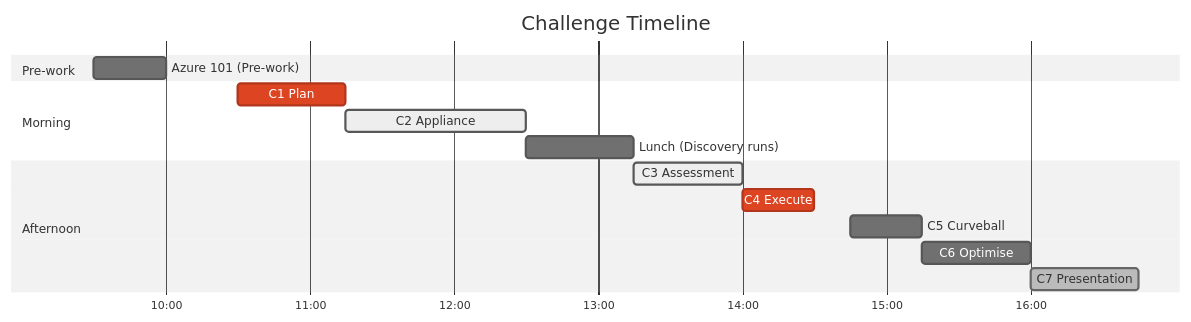
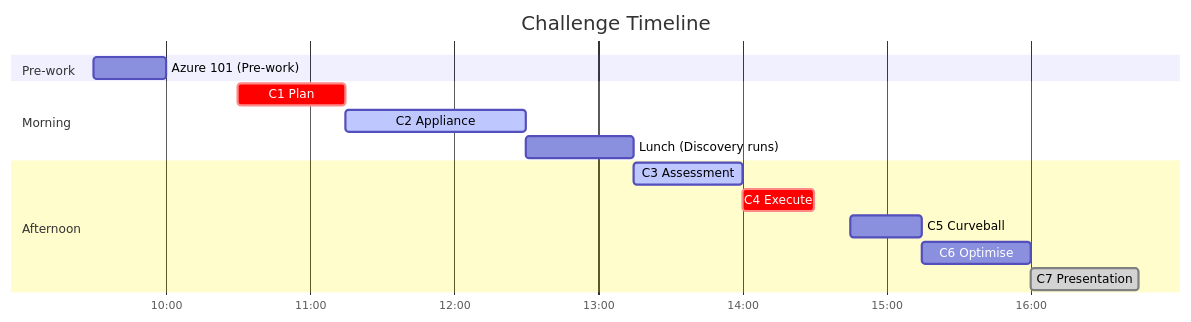
The diagram in site/src/content/docs/challenges/index.md (jonathan-vella/microhack-azure-migrate), drawn with Mermaid before and after one commit. The commit also changed 19 other files, not shown here.

````diff
--- a/site/src/content/docs/challenges/index.md
+++ b/site/src/content/docs/challenges/index.md
@@ -15,19 +15,18 @@
 ```mermaid
-%%{init: {'theme':'neutral'}}%%
 gantt
   title Challenge Timeline
   dateFormat HH:mm
   axisFormat %H:%M
   section Pre-work
       Azure 101 (Pre-work)      :c0, 09:30, 30m
   section Morning
       C1 Plan                   :crit, c1, 10:30, 45m
       C2 Appliance              :active, c2, 11:15, 75m
       Lunch (Discovery runs)    :lunch, 12:30, 45m
   section Afternoon
       C3 Assessment             :active, c3, 13:15, 45m
       C4 Execute                :crit, c4, 14:00, 30m
       C5 Curveball              :c5, 14:45, 30m
       C6 Optimise               :c6, 15:15, 45m
       C7 Presentation           :done, c7, 16:00, 45m
 ```
````
